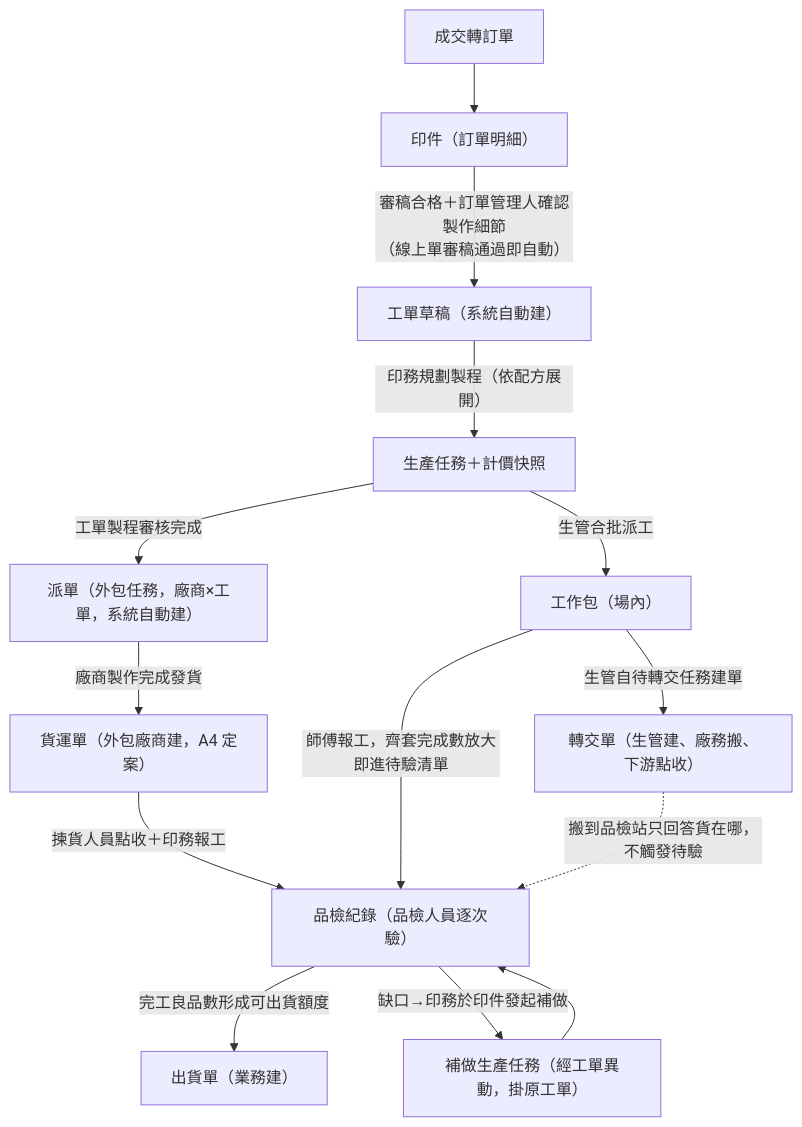
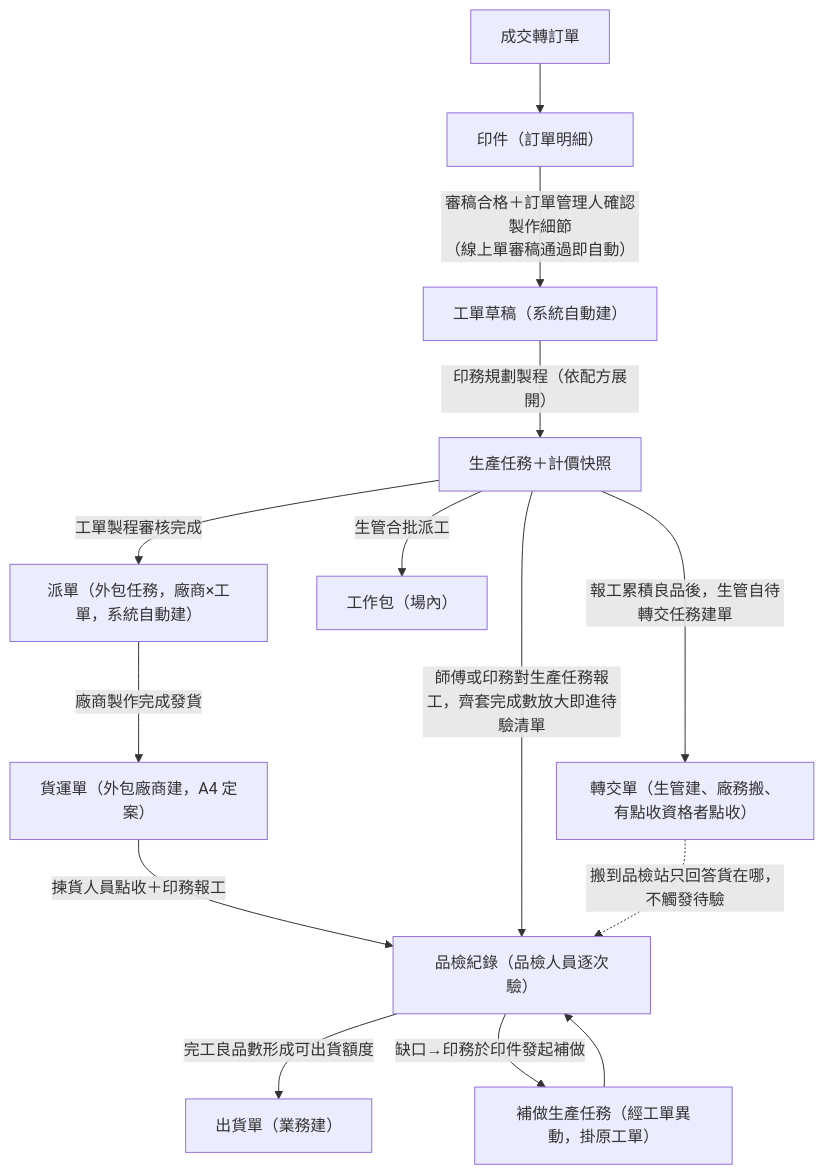
One commit to Kawato-Miles/erp-spec changed the second of 4 diagrams in memory/Sens_wiki/wiki/erp/05-entities/生產領域資料結構總覽.md. Above: the diagram before and after it, drawn with Mermaid. The commit also changed other lines of this file and 62 other files, not shown here.

````diff
--- a/memory/Sens_wiki/wiki/erp/05-entities/生產領域資料結構總覽.md
+++ b/memory/Sens_wiki/wiki/erp/05-entities/生產領域資料結構總覽.md
@@ -61,16 +69,16 @@
 ```mermaid
 flowchart TD
     A["成交轉訂單"] --> B["印件（訂單明細）"]
     B -->|"審稿合格＋訂單管理人確認製作細節<br>（線上單審稿通過即自動）"| C["工單草稿（系統自動建）"]
     C -->|"印務規劃製程（依配方展開）"| D["生產任務＋計價快照"]
     D -->|"工單製程審核完成"| E["派單（外包任務，廠商×工單，系統自動建）"]
     D -->|"生管合批派工"| F["工作包（場內）"]
     E -->|"廠商製作完成發貨"| G["貨運單（外包廠商建，A4 定案）"]
-    F -->|"生管自待轉交任務建單"| H["轉交單（生管建、廠務搬、下游點收）"]
+    D -->|"報工累積良品後，生管自待轉交任務建單"| H["轉交單（生管建、廠務搬、有點收資格者點收）"]
     G -->|"揀貨人員點收＋印務報工"| I["品檢紀錄（品檢人員逐次驗）"]
-    F -->|"師傅報工，齊套完成數放大即進待驗清單"| I
+    D -->|"師傅或印務對生產任務報工，齊套完成數放大即進待驗清單"| I
     H -.->|"搬到品檢站只回答貨在哪，不觸發待驗"| I
     I -->|"完工良品數形成可出貨額度"| J["出貨單（業務建）"]
     I -->|"缺口→印務於印件發起補做"| K["補做生產任務（經工單異動，掛原工單）"]
     K --> I
 ```
````
